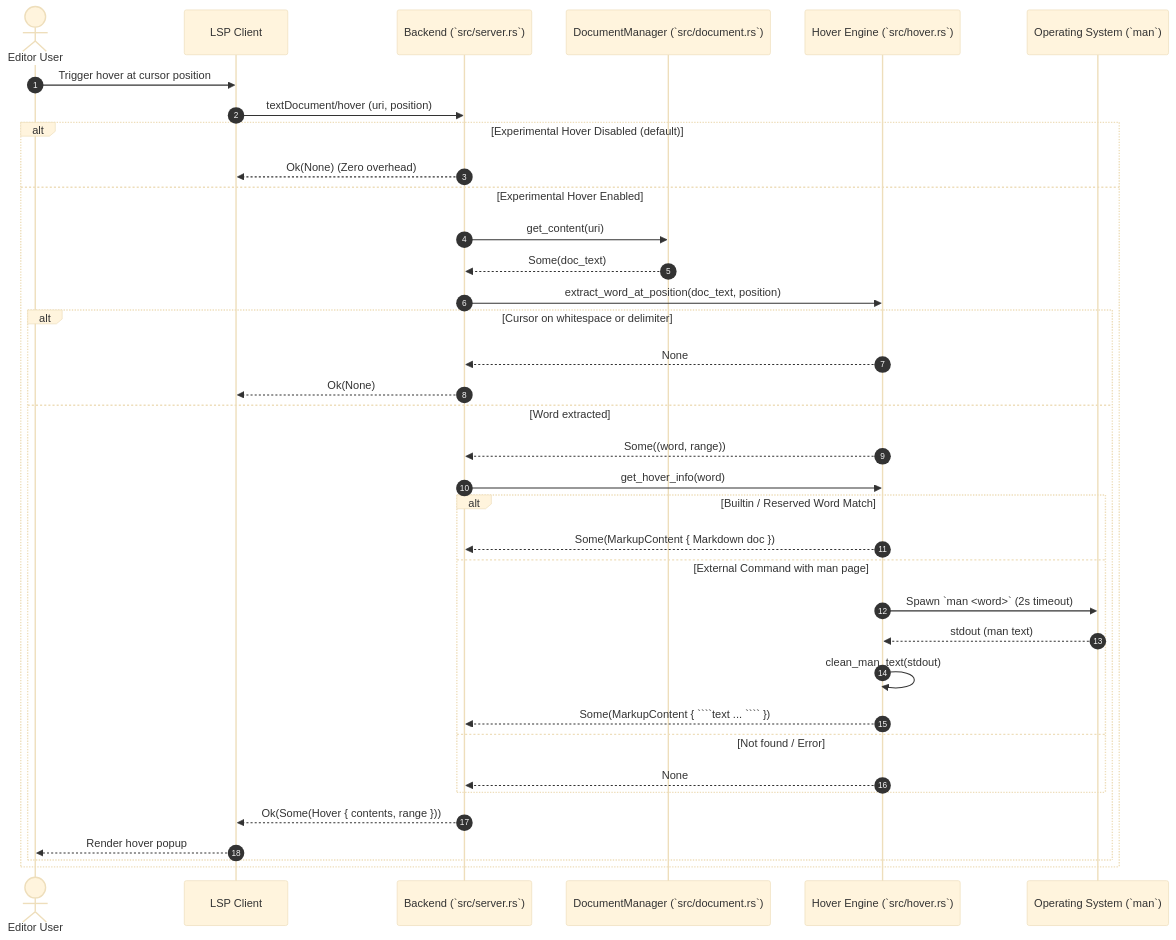
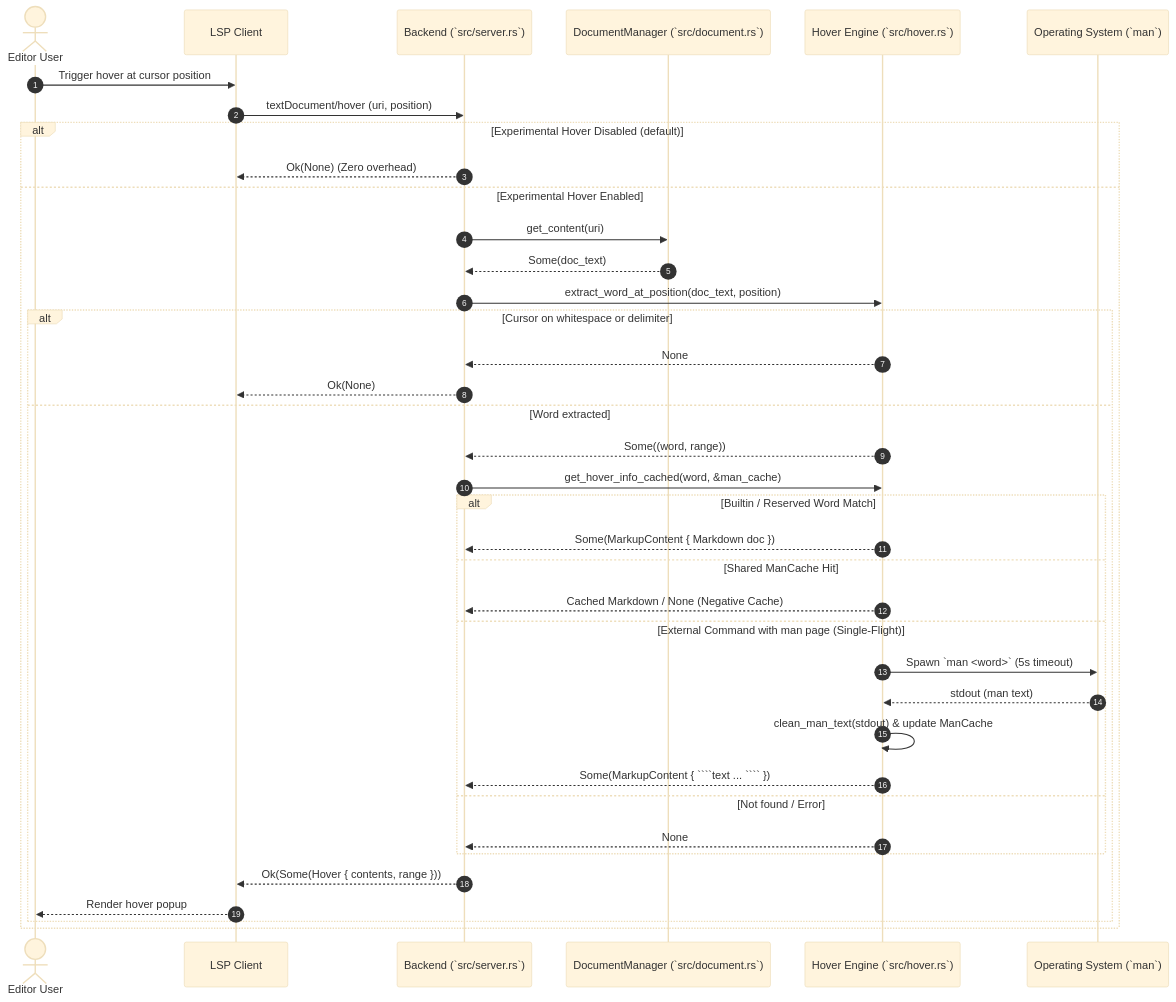
One commit to yuys13/zshcs changed the eighth of 11 diagrams in docs/ARCHITECTURE.md. Above: the diagram before and after it, drawn with Mermaid (base theme). The commit also changed other lines of this file and 4 other files, not shown here.

Commit message:
perf(hover): share man page cache and single-flight deduplication with hover

`````diff
--- a/docs/ARCHITECTURE.md
+++ b/docs/ARCHITECTURE.md
@@ -559,39 +559,41 @@
 ```mermaid
 sequenceDiagram
     autonumber
     actor User as Editor User
     participant Client as LSP Client
     participant Server as Backend (`src/server.rs`)
     participant DocMgr as DocumentManager (`src/document.rs`)
     participant Hover as Hover Engine (`src/hover.rs`)
     participant OS as Operating System (`man`)
 
     User->>Client: Trigger hover at cursor position
     Client->>Server: textDocument/hover (uri, position)
     alt Experimental Hover Disabled (default)
         Server-->>Client: Ok(None) (Zero overhead)
     else Experimental Hover Enabled
         Server->>DocMgr: get_content(uri)
         DocMgr-->>Server: Some(doc_text)
         Server->>Hover: extract_word_at_position(doc_text, position)
         alt Cursor on whitespace or delimiter
             Hover-->>Server: None
             Server-->>Client: Ok(None)
         else Word extracted
             Hover-->>Server: Some((word, range))
-            Server->>Hover: get_hover_info(word)
+            Server->>Hover: get_hover_info_cached(word, &man_cache)
             alt Builtin / Reserved Word Match
                 Hover-->>Server: Some(MarkupContent { Markdown doc })
-            else External Command with man page
-                Hover->>OS: Spawn `man <word>` (2s timeout)
+            else Shared ManCache Hit
+                Hover-->>Server: Cached Markdown / None (Negative Cache)
+            else External Command with man page (Single-Flight)
+                Hover->>OS: Spawn `man <word>` (5s timeout)
                 OS-->>Hover: stdout (man text)
-                Hover->>Hover: clean_man_text(stdout)
+                Hover->>Hover: clean_man_text(stdout) & update ManCache
                 Hover-->>Server: Some(MarkupContent { ````text ... ```` })
             else Not found / Error
                 Hover-->>Server: None
             end
             Server-->>Client: Ok(Some(Hover { contents, range }))
             Client-->>User: Render hover popup
         end
     end
 ```
`````
